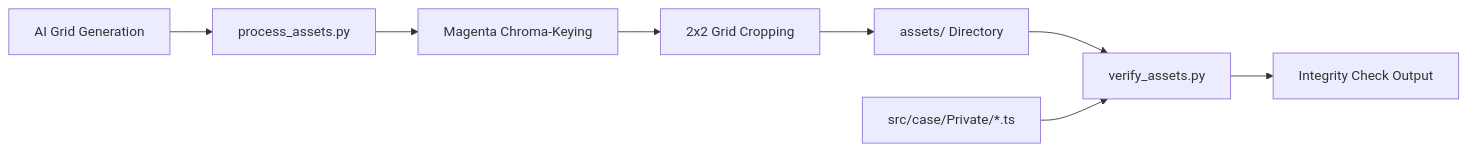
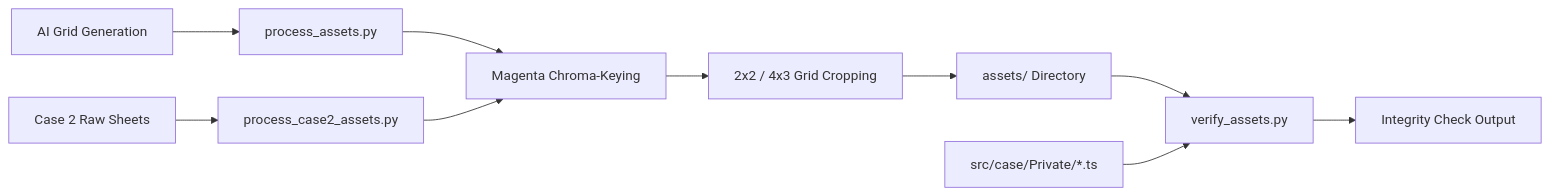
One commit to luisoncpp/aa-chapulin changed the diagram in docs/architecture/asset-pipeline.md. Above: the diagram before and after it, drawn with Mermaid. The commit also changed other lines of this file and 65 other files, not shown here.

````diff
--- a/docs/architecture/asset-pipeline.md
+++ b/docs/architecture/asset-pipeline.md
@@ -9,11 +9,13 @@
 ```mermaid
 flowchart LR
     Raw[AI Grid Generation] --> Process[process_assets.py]
+    Raw2[Case 2 Raw Sheets] --> Process2[process_case2_assets.py]
     Process --> Chroma[Magenta Chroma-Keying]
-    Chroma --> Slicing[2x2 Grid Cropping]
+    Process2 --> Chroma
+    Chroma --> Slicing[2x2 / 4x3 Grid Cropping]
     Slicing --> Assets[assets/ Directory]
     
     Assets --> Verify[verify_assets.py]
     Script[src/case/Private/*.ts] --> Verify
     Verify --> Report[Integrity Check Output]
 ```
````
